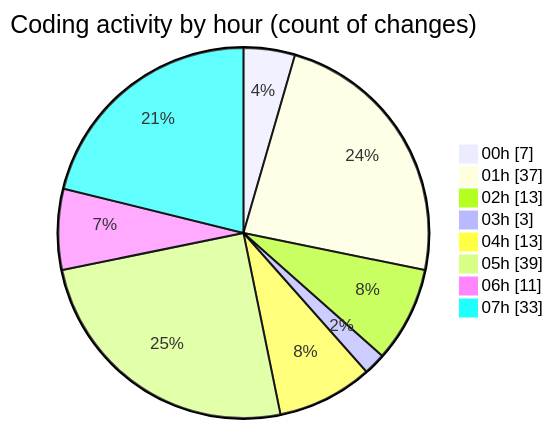
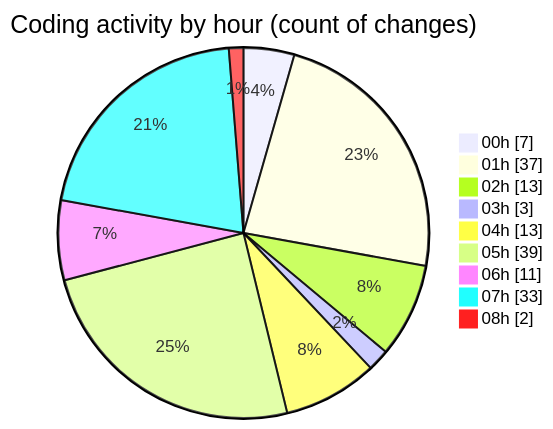
Before and after one commit to charlie-sans/code-tracking: the second of 2 diagrams in 2025-02-23/micros/README.md, drawn with Mermaid. The commit also changed other lines of this file and 1 other file, not shown here.

````diff
--- a/2025-02-23/micros/README.md
+++ b/2025-02-23/micros/README.md
@@ -65,12 +65,13 @@
 ```mermaid
 pie showData
 title Coding activity by hour (count of changes)
 "00h" : 7
 "01h" : 37
 "02h" : 13
 "03h" : 3
 "04h" : 13
 "05h" : 39
 "06h" : 11
 "07h" : 33
+"08h" : 2
 ```
````
